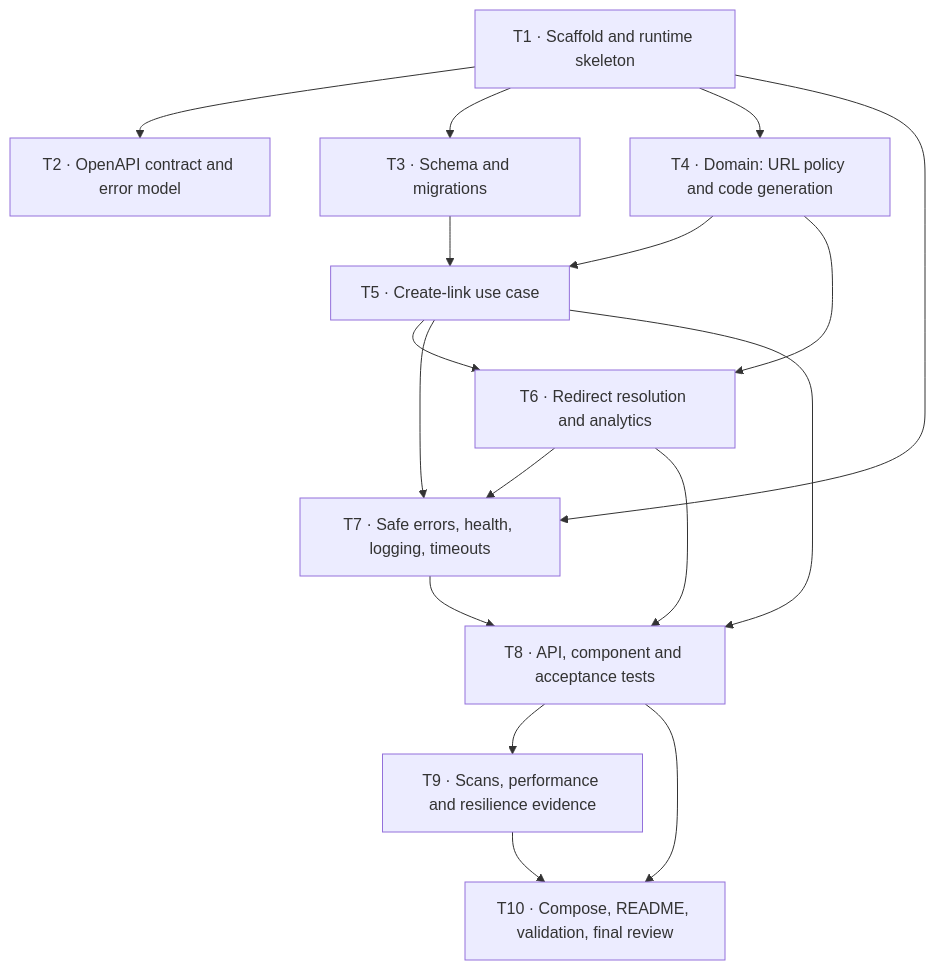
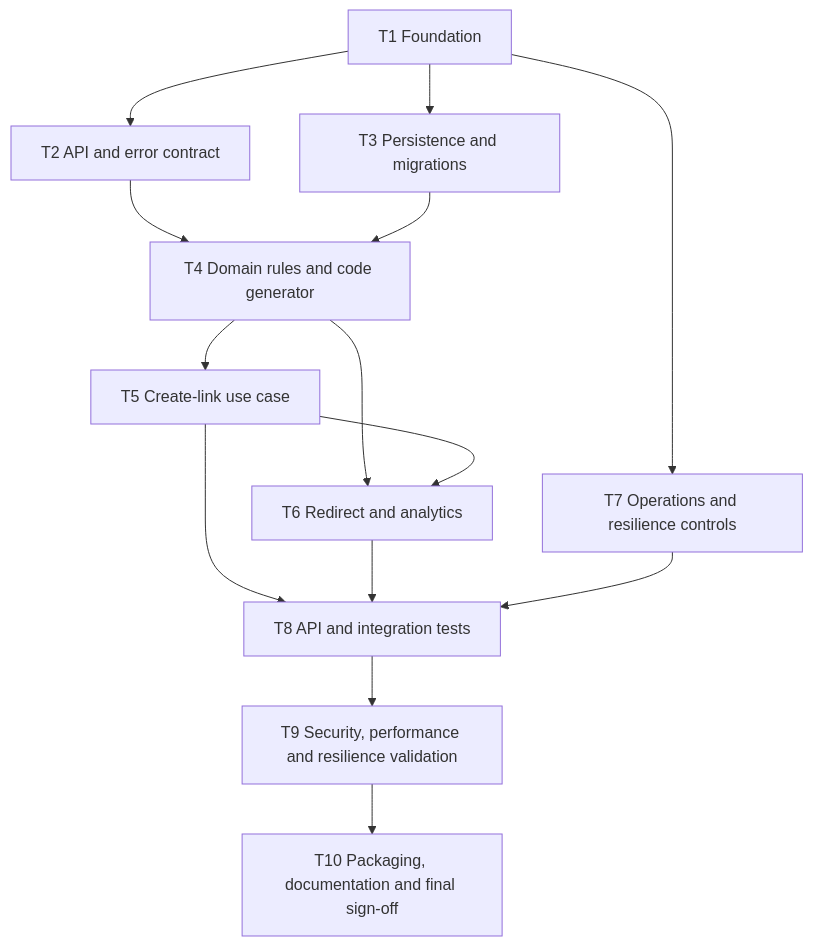
One commit to makkena43/smartlink-ai-engineering changed the diagram in docs/scenarios/01-greenfield/task-decomposition.md. Above: the diagram before and after it, drawn with Mermaid. The commit also changed other lines of this file and 1 other file, not shown here.

````diff
--- a/docs/scenarios/01-greenfield/task-decomposition.md
+++ b/docs/scenarios/01-greenfield/task-decomposition.md
@@ -18,19 +10,16 @@
 ```mermaid
 flowchart TD
-    T1[T1 · Scaffold and runtime skeleton] --> T2[T2 · OpenAPI contract and error model]
-    T1 --> T3[T3 · Schema and migrations]
-    T1 --> T4[T4 · Domain: URL policy and code generation]
-    T3 --> T5[T5 · Create-link use case]
-    T4 --> T5
-    T4 --> T6[T6 · Redirect resolution and analytics]
+    T1[T1 Foundation] --> T2[T2 API and error contract]
+    T1 --> T3[T3 Persistence and migrations]
+    T2 --> T4[T4 Domain rules and code generator]
+    T3 --> T4
+    T4 --> T5[T5 Create-link use case]
+    T4 --> T6[T6 Redirect and analytics]
     T5 --> T6
-    T1 --> T7[T7 · Safe errors, health, logging, timeouts]
-    T5 --> T7
-    T6 --> T7
-    T5 --> T8[T8 · API, component and acceptance tests]
+    T1 --> T7[T7 Operations and resilience controls]
+    T5 --> T8[T8 API and integration tests]
     T6 --> T8
     T7 --> T8
-    T8 --> T9[T9 · Scans, performance and resilience evidence]
-    T8 --> T10[T10 · Compose, README, validation, final review]
-    T9 --> T10
+    T8 --> T9[T9 Security, performance and resilience validation]
+    T9 --> T10[T10 Packaging, documentation and final sign-off]
 ```
````
